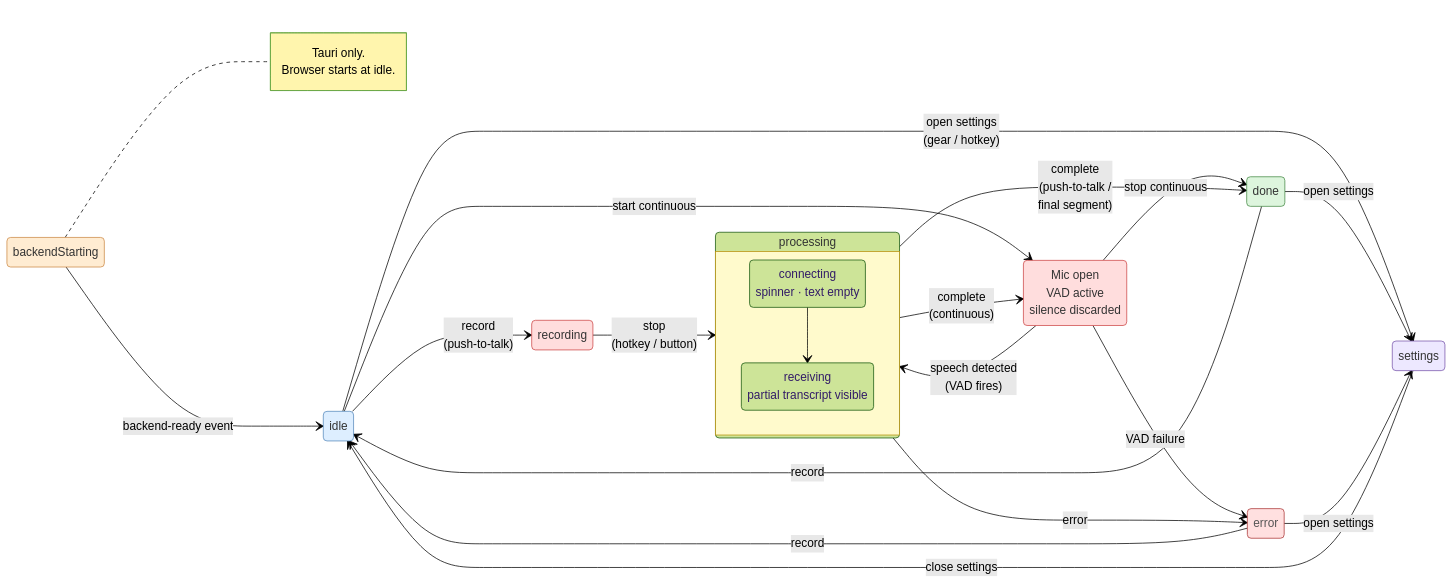
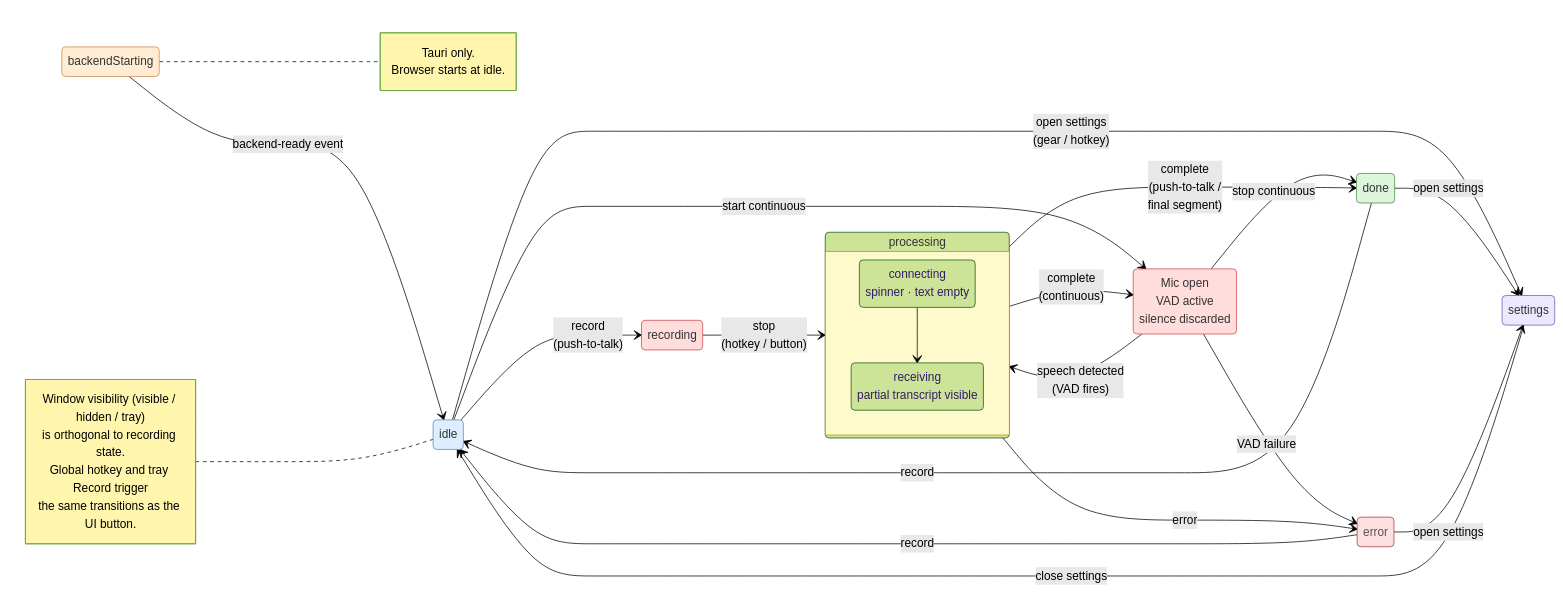
Before and after one commit to JohnYanez95/voice-scribe: the diagram in docs/diagrams/state-machine.mmd, drawn with Mermaid (forest theme). The commit also changed 5 other files, not shown here.

First line of the commit message:
docs: v3.3 Phase 0 — update state machine, timeline, and component diagrams

```diff
--- a/docs/diagrams/state-machine.mmd
+++ b/docs/diagrams/state-machine.mmd
@@ -1,51 +1,52 @@
 stateDiagram-v2
     direction LR
 
     classDef idleClass    fill:#ddeeff,stroke:#5588bb,color:#333
     classDef activeClass  fill:#ffdddd,stroke:#cc4444,color:#333
     classDef inflightClass fill:#fffacc,stroke:#b8900a,color:#333
     classDef successClass fill:#ddf5dd,stroke:#448844,color:#333
     classDef failureClass fill:#ffe0e0,stroke:#aa3333,color:#555
     classDef uiClass      fill:#ede8ff,stroke:#7755aa,color:#333
     classDef tauriClass   fill:#ffecd2,stroke:#cc8844,color:#333
 
     backendStarting --> idle : backend-ready event
     note right of backendStarting : Tauri only.<br/>Browser starts at idle.
 
     idle --> recording : record<br/>(push-to-talk)
     idle --> listening : start continuous
+    note left of idle : Window visibility (visible / hidden / tray)<br/>is orthogonal to recording state.<br/>Global hotkey and tray Record trigger<br/>the same transitions as the UI button.
 
     recording --> processing : stop<br/>(hotkey / button)
 
     listening : Mic open<br/>VAD active<br/>silence discarded
     listening --> processing : speech detected<br/>(VAD fires)
     listening --> done : stop continuous
     listening --> error : VAD failure
 
     state processing {
         direction TB
         connecting : connecting<br/>spinner · text empty
         receiving : receiving<br/>partial transcript visible
         connecting --> receiving
     }
 
     processing --> done : complete<br/>(push-to-talk /<br/>final segment)
     processing --> listening : complete<br/>(continuous)
     processing --> error : error
 
     done --> idle : record
     error --> idle : record
 
     idle --> settings : open settings<br/>(gear / hotkey)
     done --> settings : open settings
     error --> settings : open settings
     settings --> idle : close settings
 
     class idle idleClass
     class recording activeClass
     class listening activeClass
     class processing inflightClass
     class done successClass
     class error failureClass
     class backendStarting tauriClass
     class settings uiClass
```
